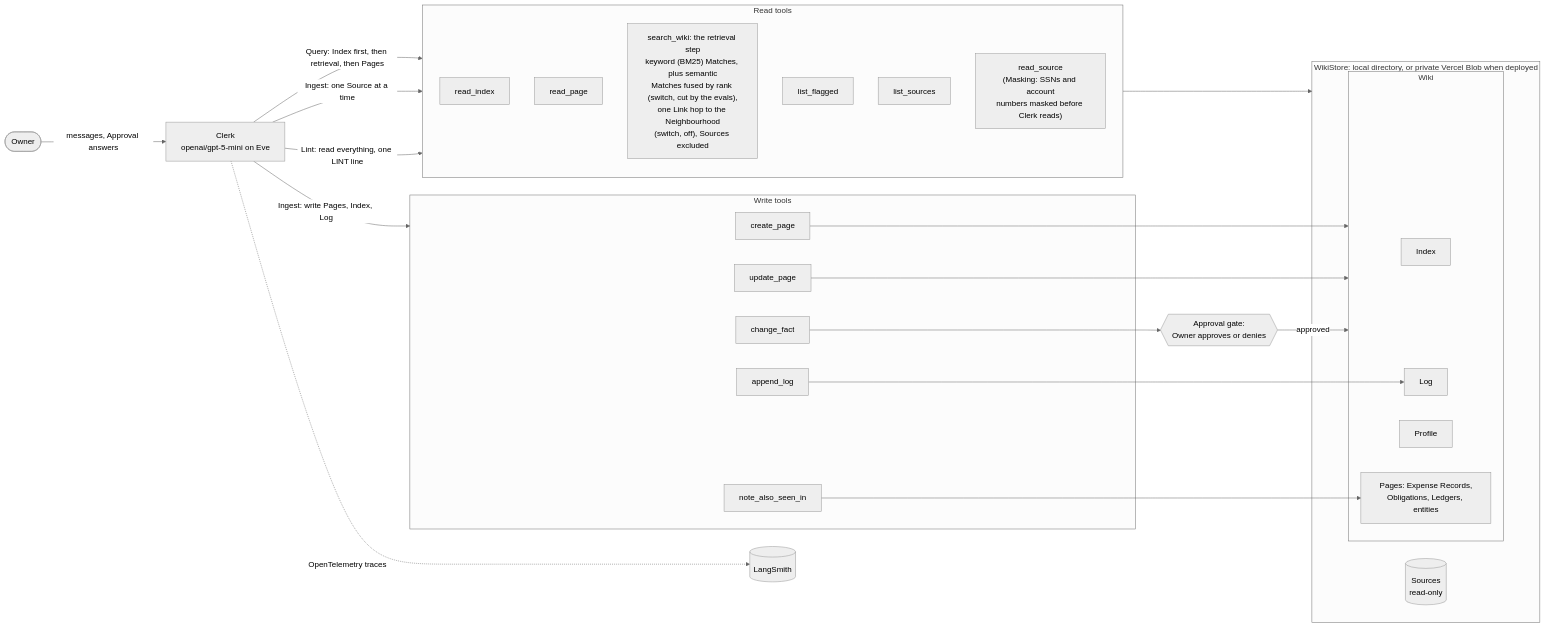
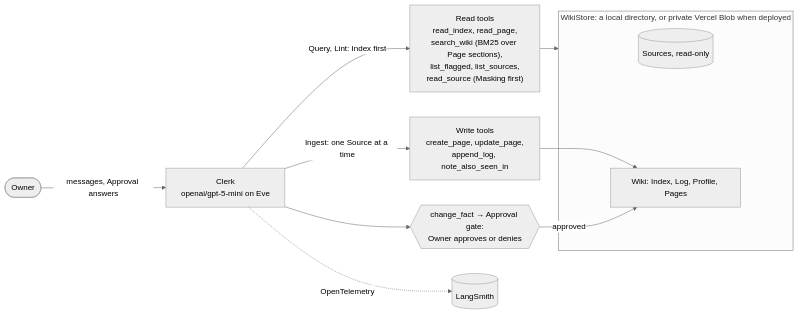
Before and after one commit to rymanacevedo/business-wiki-agent: the diagram in README.md, drawn with Mermaid (neutral theme). The commit also changed other lines of this file and 2 other files, not shown here.

````diff
--- a/README.md
+++ b/README.md
@@ -129,45 +69,15 @@
 ```mermaid
 flowchart LR
   Owner([Owner]) -->|"messages, Approval answers"| Clerk["Clerk<br/>openai/gpt-5-mini on Eve"]
-
-  subgraph Read["Read tools"]
-    read_index
-    read_page
-    search_wiki["search_wiki: the retrieval step<br/>keyword (BM25) Matches, plus semantic<br/>Matches fused by rank (switch, cut by the evals),<br/>one Link hop to the Neighbourhood<br/>(switch, off), Sources excluded"]
-    list_flagged
-    list_sources
-    read_source["read_source<br/>(Masking: SSNs and account<br/>numbers masked before Clerk reads)"]
+  Read["Read tools<br/>read_index, read_page,<br/>search_wiki (BM25 over Page sections),<br/>list_flagged, list_sources,<br/>read_source (Masking first)"]
+  Write["Write tools<br/>create_page, update_page,<br/>append_log, note_also_seen_in"]
+  Gate{{"change_fact → Approval gate:<br/>Owner approves or denies"}}
+  subgraph Store["WikiStore: a local directory, or private Vercel Blob when deployed"]
+    Sources[("Sources, read-only")]
+    Wiki["Wiki: Index, Log, Profile, Pages"]
   end
-
-  subgraph Write["Write tools"]
-    create_page
-    update_page
-    append_log
-    note_also_seen_in
-    change_fact
-  end
-
-  Gate{{"Approval gate:<br/>Owner approves or denies"}}
-
-  subgraph Store["WikiStore: local directory, or private Vercel Blob when deployed"]
-    Sources[("Sources<br/>read-only")]
-    subgraph Wiki
-      Index
-      Log
-      Profile
-      Pages["Pages: Expense Records,<br/>Obligations, Ledgers, entities"]
-    end
-  end
-
-  Clerk -->|"Query: Index first, then retrieval, then Pages"| Read
-  Clerk -->|"Ingest: one Source at a time"| Read
-  Clerk -->|"Ingest: write Pages, Index, Log"| Write
-  Clerk -->|"Lint: read everything, one LINT line"| Read
-  Read --> Store
-  create_page --> Wiki
-  update_page --> Wiki
-  append_log --> Log
-  note_also_seen_in --> Pages
-  change_fact --> Gate -->|"approved"| Wiki
-  Clerk -.->|"OpenTelemetry traces"| LangSmith[("LangSmith")]
+  Clerk -->|"Query, Lint: Index first"| Read --> Store
+  Clerk -->|"Ingest: one Source at a time"| Write --> Wiki
+  Clerk --> Gate -->|"approved"| Wiki
+  Clerk -.->|"OpenTelemetry"| LangSmith[("LangSmith")]
 ```
````
